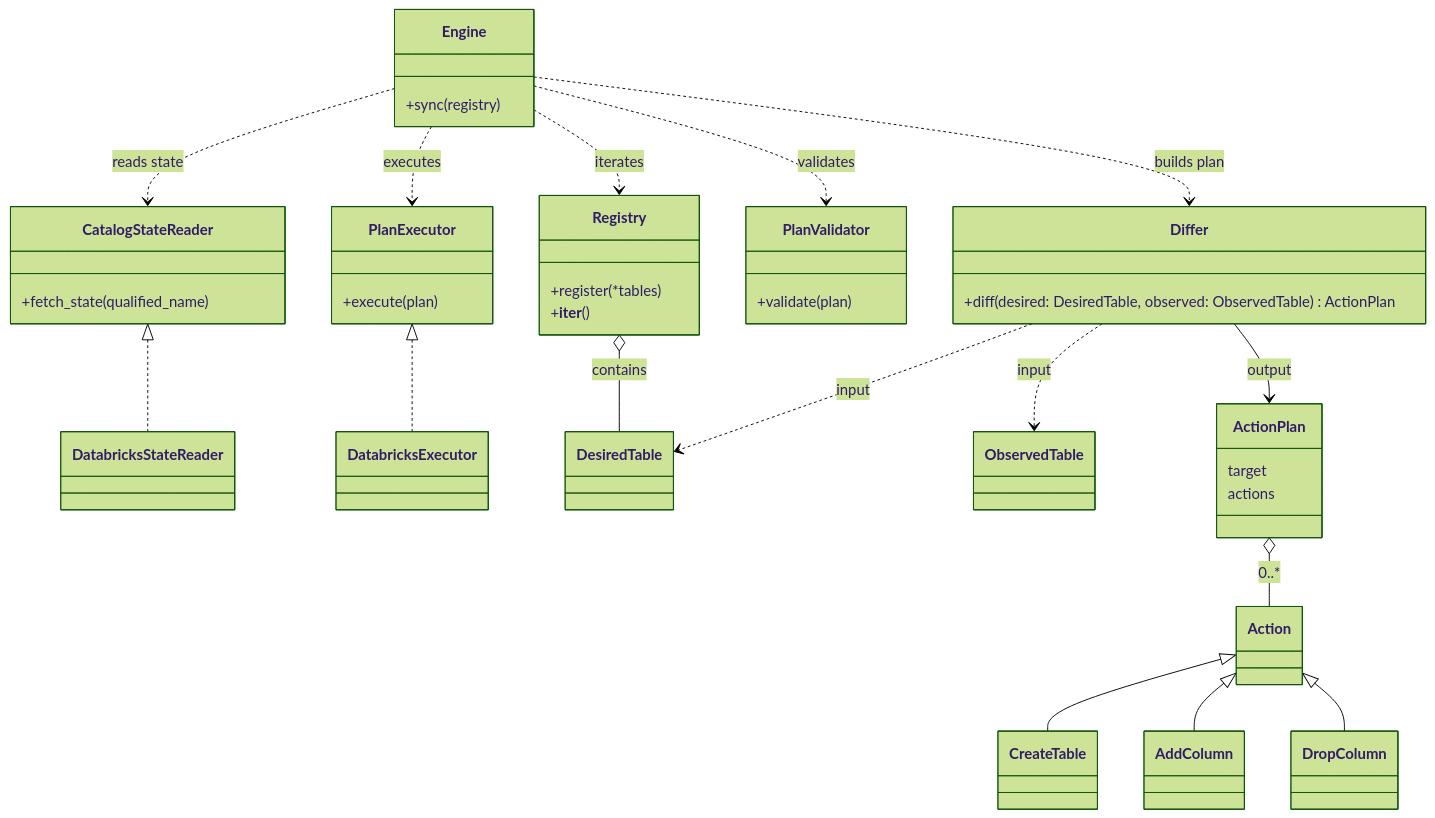
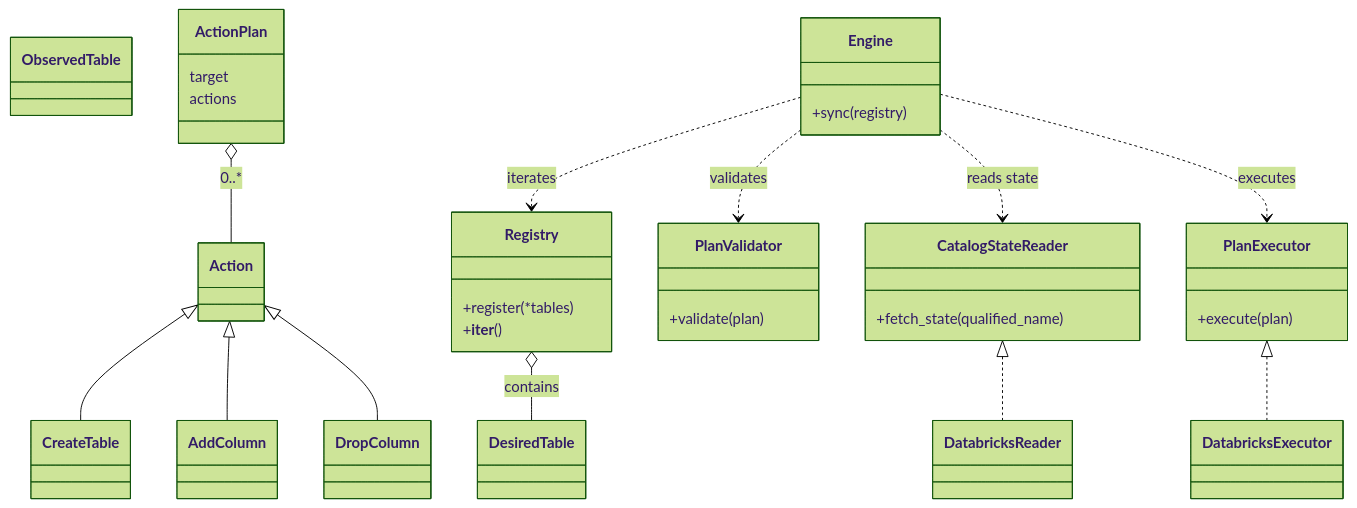
The first of 3 diagrams in docs/architecture.md (Tomoscorbin/delta-engine), drawn with Mermaid (forest theme) before and after one commit. The commit also changed other lines of this file and 1 other file, not shown here.

Commit message:
docs: correct README and architecture diagram to match the built system
Removes three unbuilt Registry guardrails from README (PK/FK tracking,
duplicate-definition detection, namespace policy) leaving only the one
real check: unique fully-qualified names (finding 12). Deletes the
phantom Differ port from the class diagram, renames DatabricksStateReader
to DatabricksReader to match the real class, and adds the missing plan
step to the sequence diagram (finding 13). Removes the constraint-naming
claim that describes nothing in the compiler (finding 16). Replaces
"previews changes" with an accurate description of the post-execution
report (finding 17a).

````diff
--- a/docs/architecture.md
+++ b/docs/architecture.md
@@ -7,64 +7,55 @@
 ```mermaid
 classDiagram
     %% === Ports (interfaces the Engine talks to) ===
     class Registry {
       +register(*tables)
       +__iter__()
     }
     class CatalogStateReader {
       +fetch_state(qualified_name)
     }
-    class Differ {
-      +diff(desired: DesiredTable, observed: ObservedTable) ActionPlan
-    }
     class PlanValidator {
       +validate(plan)
     }
     class PlanExecutor {
       +execute(plan)
     }
 
     %% === Adapters (implementations) ===
-    class DatabricksStateReader
+    class DatabricksReader
     class DatabricksExecutor
 
     %% === Domain types ===
     class DesiredTable
     class ObservedTable
     class ActionPlan {
       target
       actions
     }
     class Action
     class CreateTable
     class AddColumn
     class DropColumn
     class Engine {
       +sync(registry)
     }
 
     %% Engine depends on ports (dotted = lightweight dependency)
     Engine ..> Registry : iterates
     Engine ..> CatalogStateReader : reads state
-    Engine ..> Differ : builds plan
     Engine ..> PlanValidator : validates
     Engine ..> PlanExecutor : executes
 
     %% Port -> Adapter realizations
-    CatalogStateReader <|.. DatabricksStateReader
+    CatalogStateReader <|.. DatabricksReader
     PlanExecutor <|.. DatabricksExecutor
 
     %% Data/model relations
     Registry o-- DesiredTable : contains
-
-    %% Differ inputs/outputs (as deps to avoid heavy graph)
-    Differ ..> DesiredTable : input
-    Differ ..> ObservedTable : input
-    Differ --> ActionPlan : output
 
     %% Plan structure
     ActionPlan o-- Action : 0..*
     Action <|-- CreateTable
     Action <|-- AddColumn
     Action <|-- DropColumn
 ```
````
